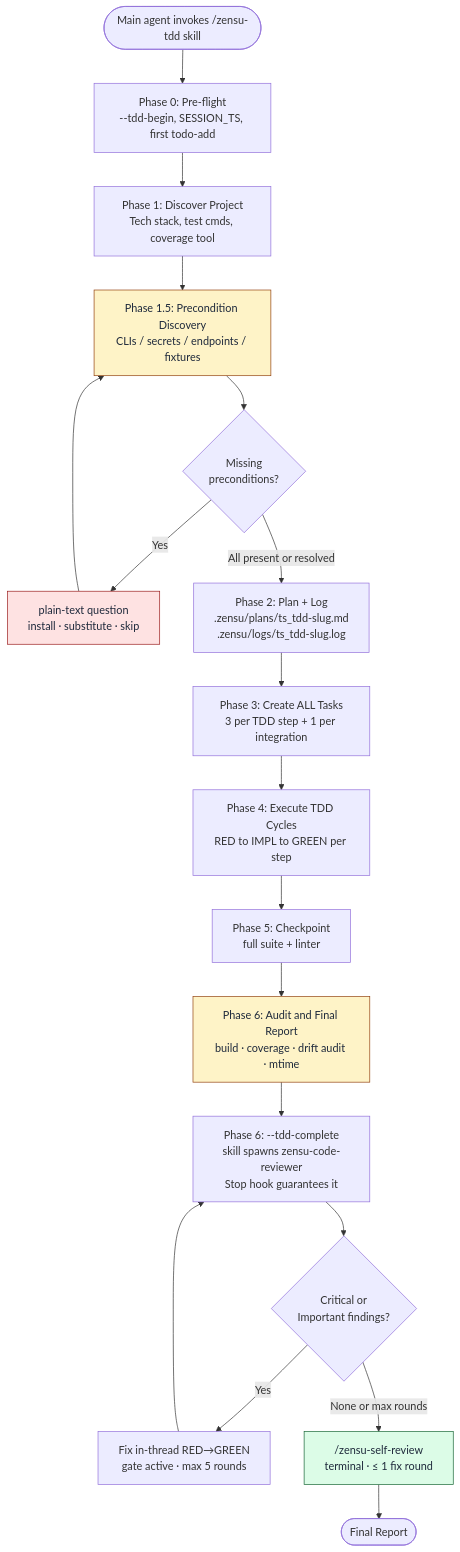
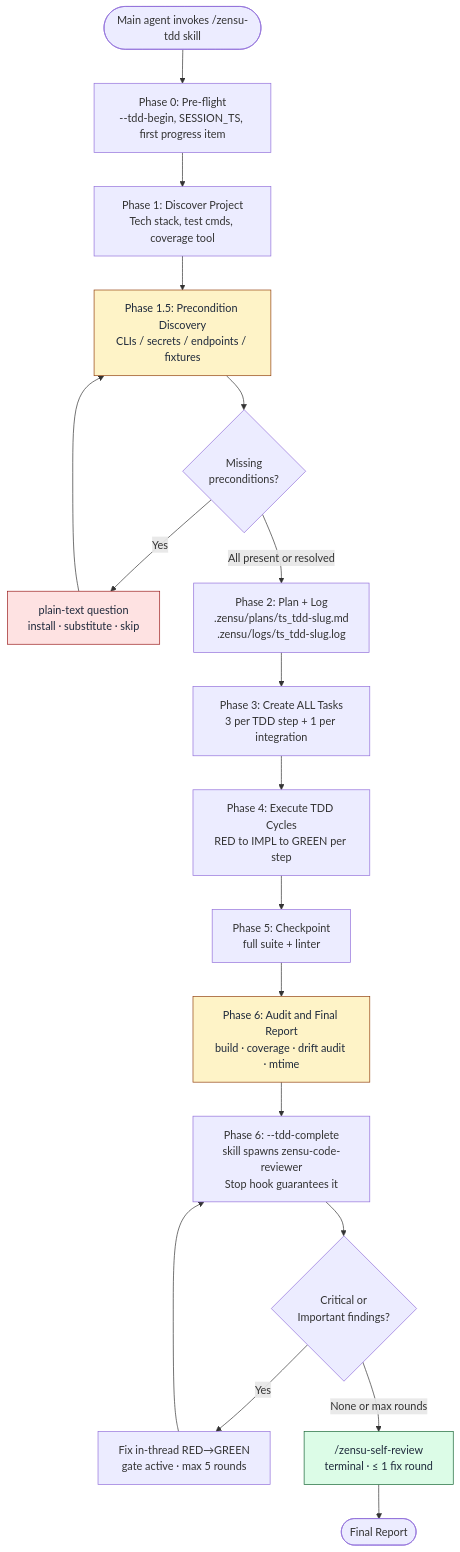
Before and after one commit to MKITConsulting/zensu-kiro: the first of 4 diagrams in docs/tdd-manager-workflow.md, drawn with Mermaid. The commit also changed other lines of this file and 5 other files, not shown here.

First line of the commit message:
fix(tdd): use the todo tool's own schema and scope Phase 1.5

````diff
--- a/docs/tdd-manager-workflow.md
+++ b/docs/tdd-manager-workflow.md
@@ -54,25 +54,25 @@
 ```mermaid
 flowchart TD
-    Start([Main agent invokes /zensu-tdd skill]) --> P0[Phase 0: Pre-flight<br/>--tdd-begin, SESSION_TS, first todo-add]
+    Start([Main agent invokes /zensu-tdd skill]) --> P0[Phase 0: Pre-flight<br/>--tdd-begin, SESSION_TS, first progress item]
     P0 --> P1[Phase 1: Discover Project<br/>Tech stack, test cmds, coverage tool]
     P1 --> P15[Phase 1.5: Precondition Discovery<br/>CLIs / secrets / endpoints / fixtures]
     P15 --> Q{Missing<br/>preconditions?}
     Q -->|Yes| Ask[plain-text question<br/>install · substitute · skip]
     Ask --> P15
     Q -->|All present or resolved| P2[Phase 2: Plan + Log<br/>.zensu/plans/ts_tdd-slug.md<br/>.zensu/logs/ts_tdd-slug.log]
     P2 --> P3[Phase 3: Create ALL Tasks<br/>3 per TDD step + 1 per integration]
     P3 --> P4[Phase 4: Execute TDD Cycles<br/>RED to IMPL to GREEN per step]
     P4 --> P5[Phase 5: Checkpoint<br/>full suite + linter]
     P5 --> P6[Phase 6: Audit and Final Report<br/>build · coverage · drift audit · mtime]
     P6 --> Review[Phase 6: --tdd-complete<br/>skill spawns zensu-code-reviewer<br/>Stop hook guarantees it]
     Review --> Findings{Critical or<br/>Important findings?}
     Findings -->|Yes| AutoFix[Fix in-thread RED→GREEN<br/>gate active · max 5 rounds]
     AutoFix --> Review
     Findings -->|None or max rounds| SelfRev["/zensu-self-review<br/>terminal · ≤ 1 fix round"]
     SelfRev --> Done([Final Report])
 
     style P15 fill:#fef3c7,stroke:#92400e,color:#1e293b
     style P6 fill:#fef3c7,stroke:#92400e,color:#1e293b
     style Ask fill:#fee2e2,stroke:#991b1b,color:#1e293b
     style SelfRev fill:#dcfce7,stroke:#166534,color:#1e293b
 ```
````
